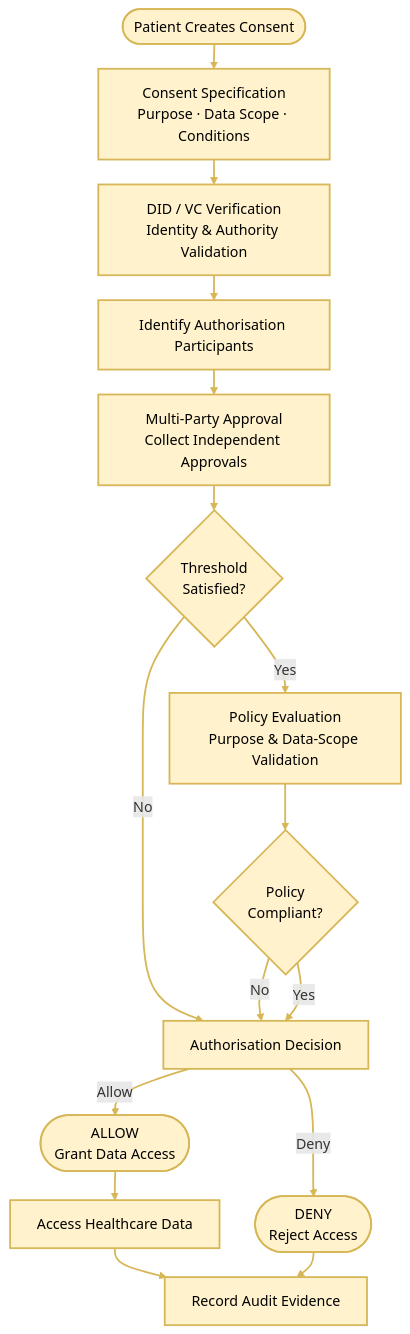
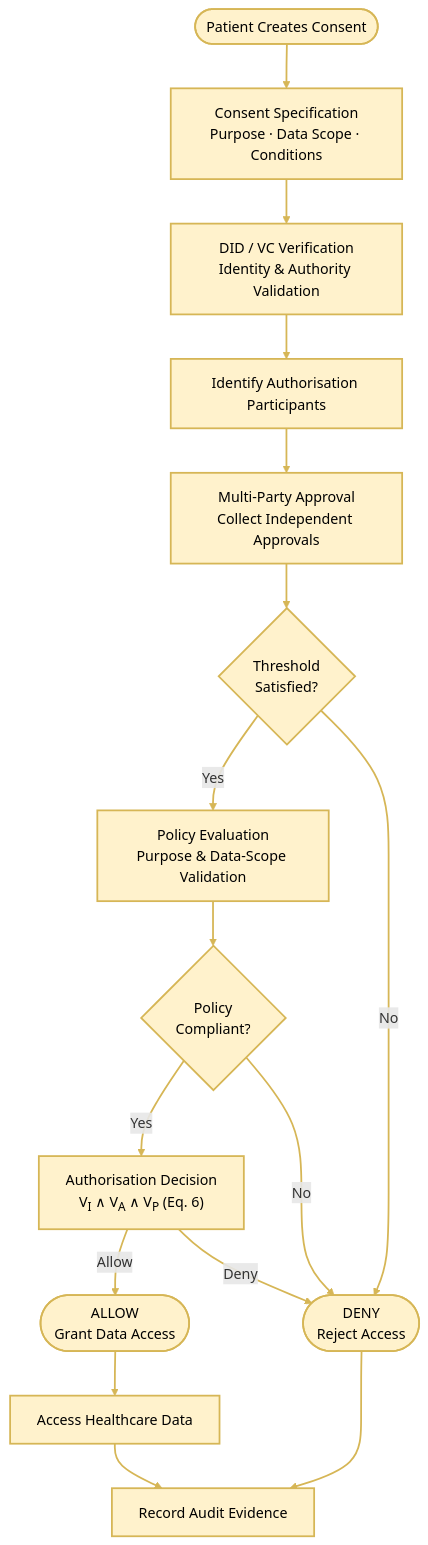
The diagram in review/word/figures_colour/fig06.mmd (yasir12345678900/HealthRWA-Sepolia-Personal-try), drawn with Mermaid before and after one commit. The commit also changed 47 other files, not shown here.

First line of the commit message:
CA2 report: align every figure with the text, equations and algorithms

```diff
--- a/review/word/figures_colour/fig06.mmd
+++ b/review/word/figures_colour/fig06.mmd
@@ -1,20 +1,20 @@
-%%{init: {"flowchart": {"curve": "basis", "rankSpacing": 28, "nodeSpacing": 40}}}%%
+%%{init: {"flowchart": {"curve": "basis"}}}%%
 flowchart TD
 A([Patient Creates Consent]) --> B[Consent Specification<br/>Purpose · Data Scope · Conditions]
 B --> C[DID / VC Verification<br/>Identity & Authority Validation]
 C --> D[Identify Authorisation Participants]
 D --> E[Multi-Party Approval<br/>Collect Independent Approvals]
 E --> F{"Threshold<br/>Satisfied?"}
 F -- Yes --> G[Policy Evaluation<br/>Purpose & Data-Scope Validation]
-F -- No --> I[Authorisation Decision]
+F -- No --> L([DENY<br/>Reject Access])
 G --> H{Policy<br/>Compliant?}
-H -- No --> I
-H -- Yes --> I
+H -- Yes --> I["Authorisation Decision<br/>V<sub>I</sub> ∧ V<sub>A</sub> ∧ V<sub>P</sub> (Eq. 6)"]
+H -- No --> L
 I -- Allow --> J([ALLOW<br/>Grant Data Access])
-I -- Deny --> L([DENY<br/>Reject Access])
+I -- Deny --> L
 J --> K[Access Healthcare Data]
 K --> M[Record Audit Evidence]
 L --> M
 classDef y fill:#FFF2CC,stroke:#D6B656,stroke-width:2px,color:#000
 class A,B,C,D,E,F,G,H,I,J,K,L,M y
 linkStyle default stroke:#D6B656,stroke-width:2px
```
